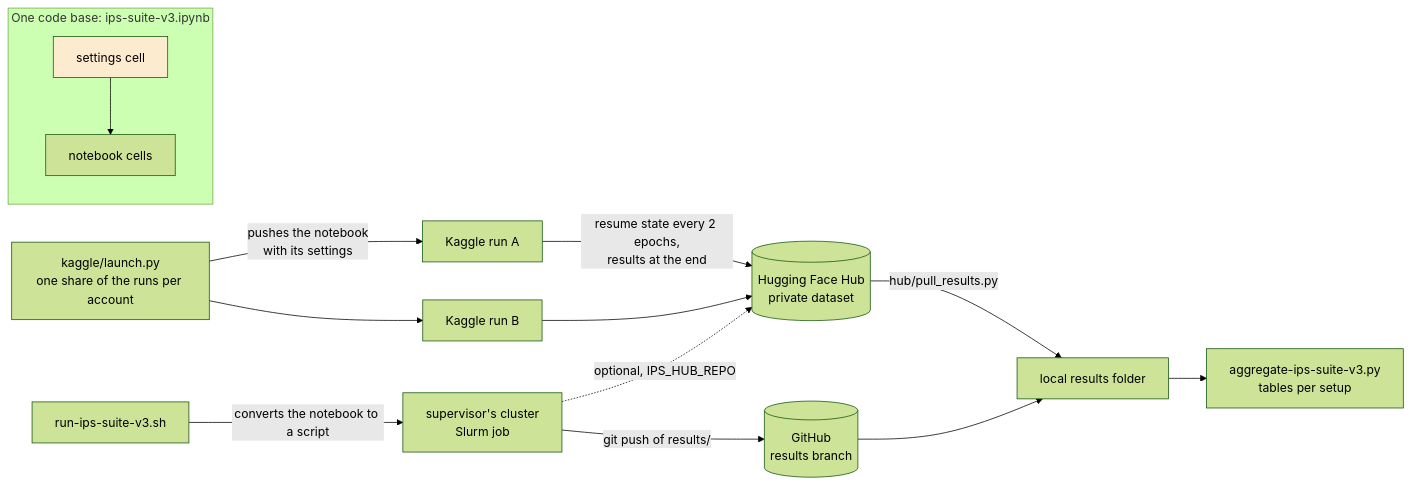
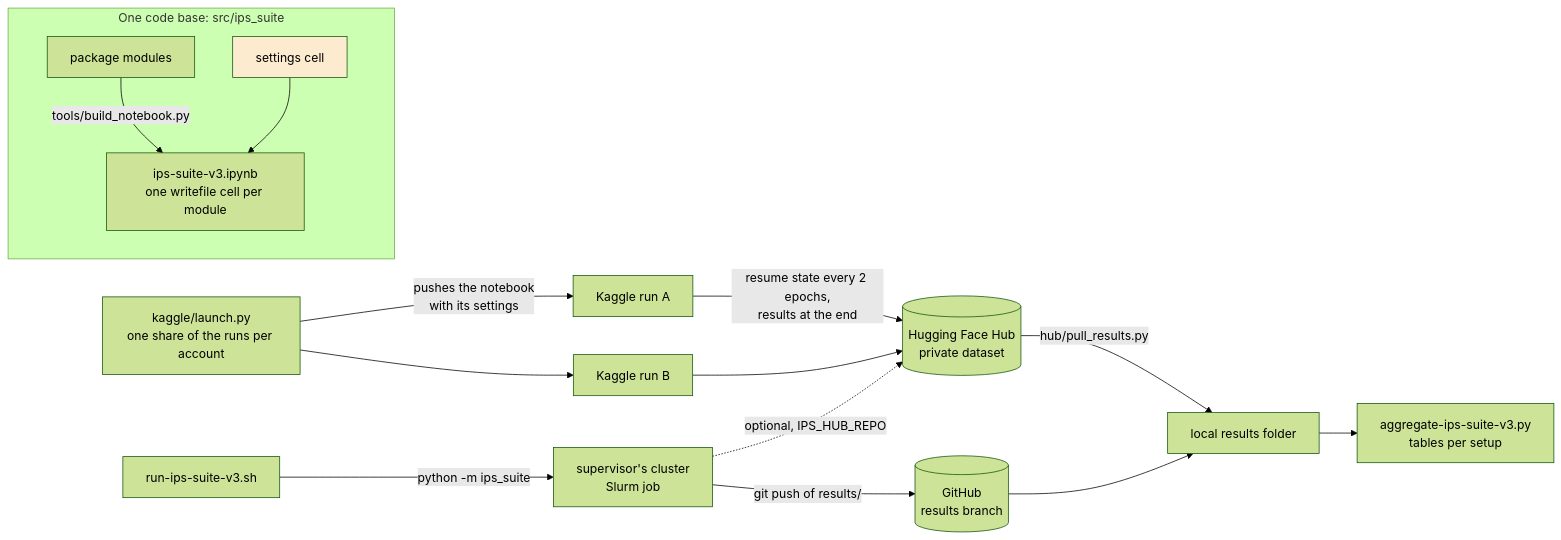
Before and after one commit to YAxelY/master-research-codes: the first of 6 diagrams in docs/ARCHITECTURE.md, drawn with Mermaid (forest theme). The commit also changed other lines of this file and 35 other files, not shown here.

First line of the commit message:
The suite as a package: src/ips_suite, notebook generated from it

````diff
--- a/docs/ARCHITECTURE.md
+++ b/docs/ARCHITECTURE.md
@@ -14,17 +14,18 @@
 ```mermaid
 flowchart LR
-  subgraph code[One code base: ips-suite-v3.ipynb]
-    S[settings cell]:::cfg --> NB[notebook cells]
+  subgraph code[One code base: src/ips_suite]
+    PKG[package modules] -->|tools/build_notebook.py| NB[ips-suite-v3.ipynb<br/>one writefile cell per module]
+    S[settings cell]:::cfg --> NB
   end
   L[kaggle/launch.py<br/>one share of the runs per account] -->|pushes the notebook<br/>with its settings| K1[Kaggle run A]
   L --> K2[Kaggle run B]
-  SH[run-ips-suite-v3.sh] -->|converts the notebook to a script| CL[supervisor's cluster<br/>Slurm job]
+  SH[run-ips-suite-v3.sh] -->|python -m ips_suite| CL[supervisor's cluster<br/>Slurm job]
   K1 -->|resume state every 2 epochs,<br/>results at the end| HUB[(Hugging Face Hub<br/>private dataset)]
   K2 --> HUB
   CL -.->|optional, IPS_HUB_REPO| HUB
   CL -->|git push of results/| GIT[(GitHub<br/>results branch)]
   HUB -->|hub/pull_results.py| LOC[local results folder]
   GIT --> LOC
   LOC --> AGG[aggregate-ips-suite-v3.py<br/>tables per setup]
   classDef cfg fill:#fdebd0
 ```
````
